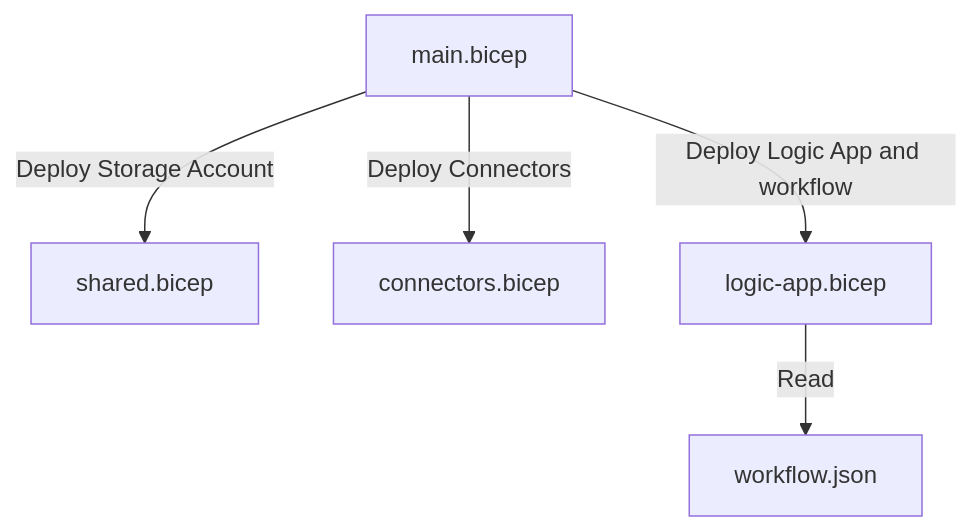
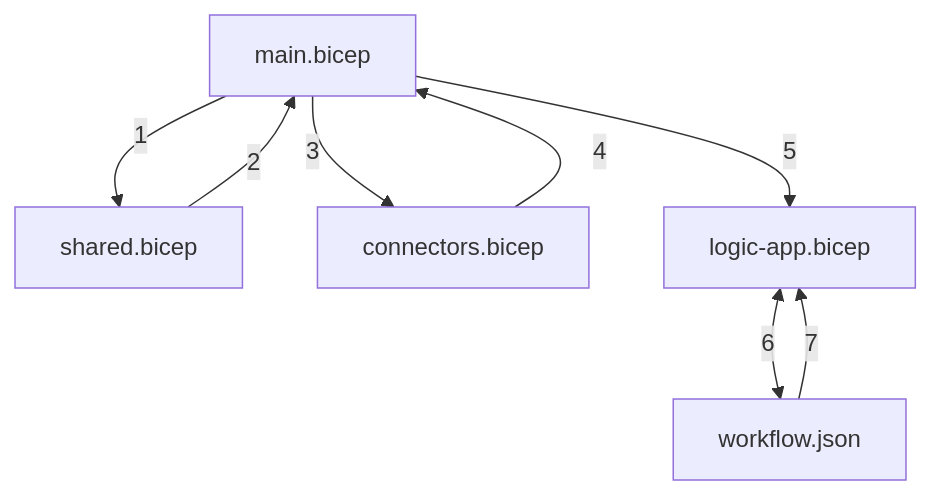
One commit to Azure-Samples/azure-logic-apps-deployment-samples changed the diagram in storage-account-connections/Bicep/readme.md. Above: the diagram before and after it, drawn with Mermaid. The commit also changed other lines of this file and 2 other files, not shown here.

Commit message:
Updated readme.md for Bicep sample Added image of resources for Bicep sample Added direct links to ARM/Bicep versions of the storage sample.

````diff
--- a/storage-account-connections/Bicep/readme.md
+++ b/storage-account-connections/Bicep/readme.md
@@ -22,7 +24,10 @@
 ``` mermaid
    graph TD
-      A[main.bicep] -- Deploy Storage Account --> B[shared.bicep]
-      A -- Deploy Connectors --> C[connectors.bicep]
-      A -- Deploy Logic App and workflow --> D[logic-app.bicep]
-      D -- Read --> E[workflow.json]
+      A[main.bicep] -- 1 --> B[shared.bicep]
+      B -- 2 --> A
+      A -- 3 --> C[connectors.bicep]
+      C -- 4 --> A
+      A -- 5 --> D[logic-app.bicep]
+      D <-- 6 --> E[workflow.json]
+      E -- 7 --> D
 ```
````
